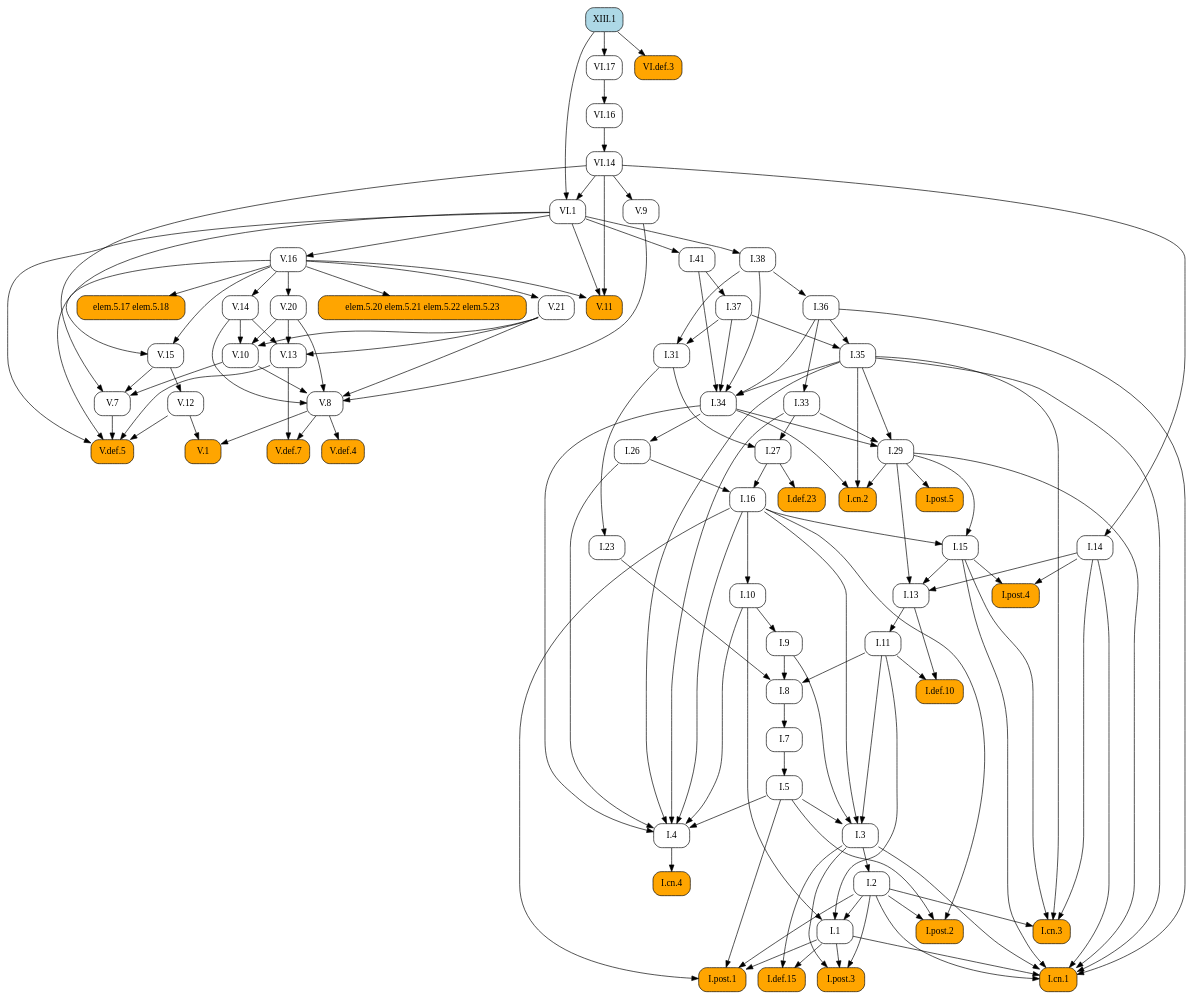
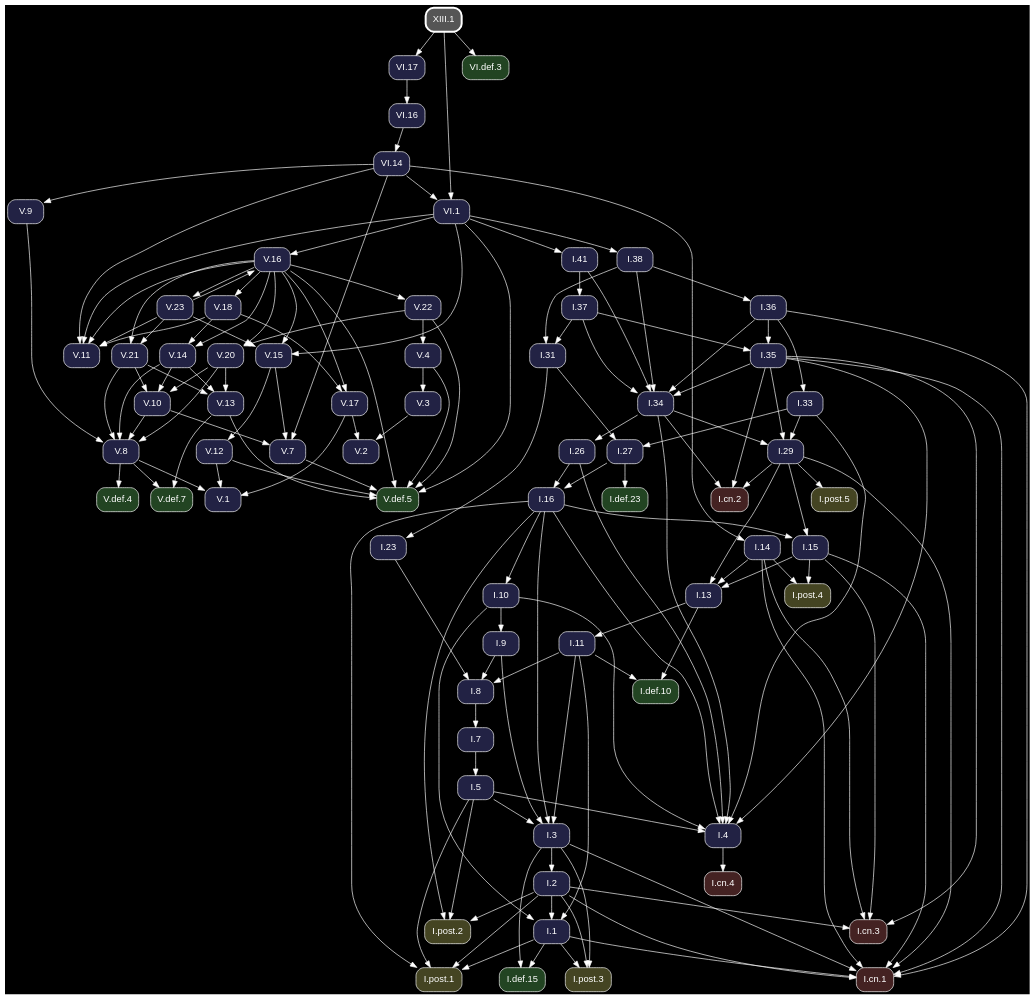
The diagram in docsrc/heath/XIII/1/index.rst (geometor/elements), drawn with Graphviz before and after one commit. The commit also changed other lines of this file and 1200 other files, not shown here.

Commit message:
update dependency graphs

```diff
--- a/docsrc/heath/XIII/1/index.rst
+++ b/docsrc/heath/XIII/1/index.rst
@@ -49,129 +49,81 @@
 .. graphviz::
 
    digraph {
+     bgcolor="black";
+     node [shape=box, style="rounded,filled", fontname="Helvetica", color="white", fontcolor="white"];
+     edge [color="white", fontcolor="white"];
      rankdir="TB";
-     node [shape=box, style=rounded];
-     "V.16" [URL="/heath/V/16/", target="_top"];
-     "I.23" [URL="/heath/I/23/", target="_top"];
-     "I.9" [URL="/heath/I/9/", target="_top"];
-     "I.33" [URL="/heath/I/33/", target="_top"];
-     "I.def.15" [style="rounded,filled", fillcolor=orange, URL="/heath/I/def.15/", target="_top"];
-     "V.13" [URL="/heath/V/13/", target="_top"];
-     "V.7" [URL="/heath/V/7/", target="_top"];
-     "elem.5.17 elem.5.18" [style="rounded,filled", fillcolor=orange];
-     "I.post.3" [style="rounded,filled", fillcolor=orange, URL="/heath/I/post.3/", target="_top"];
-     "I.post.1" [style="rounded,filled", fillcolor=orange, URL="/heath/I/post.1/", target="_top"];
-     "V.14" [URL="/heath/V/14/", target="_top"];
-     "V.def.5" [style="rounded,filled", fillcolor=orange, URL="/heath/V/def.5/", target="_top"];
-     "V.9" [URL="/heath/V/9/", target="_top"];
-     "VI.def.3" [style="rounded,filled", fillcolor=orange, URL="/heath/VI/def.3/", target="_top"];
-     "I.31" [URL="/heath/I/31/", target="_top"];
-     "V.10" [URL="/heath/V/10/", target="_top"];
-     "I.def.10" [style="rounded,filled", fillcolor=orange, URL="/heath/I/def.10/", target="_top"];
-     "VI.1" [URL="/heath/VI/1/", target="_top"];
-     "V.20" [URL="/heath/V/20/", target="_top"];
-     "VI.14" [URL="/heath/VI/14/", target="_top"];
-     "I.27" [URL="/heath/I/27/", target="_top"];
-     "XIII.1" [style="rounded,filled", fillcolor=lightblue, URL="/heath/XIII/1/", target="_top"];
-     "I.14" [URL="/heath/I/14/", target="_top"];
-     "V.11" [style="rounded,filled", fillcolor=orange, URL="/heath/V/11/", target="_top"];
-     "elem.5.20 elem.5.21 elem.5.22 elem.5.23" [style="rounded,filled", fillcolor=orange];
-     "V.12" [URL="/heath/V/12/", target="_top"];
-     "I.34" [URL="/heath/I/34/", target="_top"];
-     "I.3" [URL="/heath/I/3/", target="_top"];
-     "V.def.4" [style="rounded,filled", fillcolor=orange, URL="/heath/V/def.4/", target="_top"];
-     "I.35" [URL="/heath/I/35/", target="_top"];
-     "I.cn.1" [style="rounded,filled", fillcolor=orange, URL="/heath/I/cn.1/", target="_top"];
-     "V.def.7" [style="rounded,filled", fillcolor=orange, URL="/heath/V/def.7/", target="_top"];
-     "I.7" [URL="/heath/I/7/", target="_top"];
-     "V.21" [URL="/heath/V/21/", target="_top"];
-     "I.2" [URL="/heath/I/2/", target="_top"];
-     "I.36" [URL="/heath/I/36/", target="_top"];
-     "I.13" [URL="/heath/I/13/", target="_top"];
-     "I.post.4" [style="rounded,filled", fillcolor=orange, URL="/heath/I/post.4/", target="_top"];
-     "I.4" [URL="/heath/I/4/", target="_top"];
-     "I.1" [URL="/heath/I/1/", target="_top"];
-     "I.5" [URL="/heath/I/5/", target="_top"];
-     "I.37" [URL="/heath/I/37/", target="_top"];
-     "I.8" [URL="/heath/I/8/", target="_top"];
-     "I.29" [URL="/heath/I/29/", target="_top"];
-     "I.cn.3" [style="rounded,filled", fillcolor=orange, URL="/heath/I/cn.3/", target="_top"];
-     "I.16" [URL="/heath/I/16/", target="_top"];
-     "I.38" [URL="/heath/I/38/", target="_top"];
-     "V.8" [URL="/heath/V/8/", target="_top"];
-     "I.15" [URL="/heath/I/15/", target="_top"];
-     "V.1" [style="rounded,filled", fillcolor=orange, URL="/heath/V/1/", target="_top"];
-     "I.10" [URL="/heath/I/10/", target="_top"];
-     "I.def.23" [style="rounded,filled", fillcolor=orange, URL="/heath/I/def.23/", target="_top"];
-     "I.11" [URL="/heath/I/11/", target="_top"];
-     "I.cn.2" [style="rounded,filled", fillcolor=orange, URL="/heath/I/cn.2/", target="_top"];
-     "I.post.5" [style="rounded,filled", fillcolor=orange, URL="/heath/I/post.5/", target="_top"];
-     "VI.17" [URL="/heath/VI/17/", target="_top"];
-     "I.cn.4" [style="rounded,filled", fillcolor=orange, URL="/heath/I/cn.4/", target="_top"];
-     "I.41" [URL="/heath/I/41/", target="_top"];
-     "V.15" [URL="/heath/V/15/", target="_top"];
-     "I.post.2" [style="rounded,filled", fillcolor=orange, URL="/heath/I/post.2/", target="_top"];
-     "I.26" [URL="/heath/I/26/", target="_top"];
-     "VI.16" [URL="/heath/VI/16/", target="_top"];
-     "VI.1" -> "V.16";
-     "I.31" -> "I.23";
-     "I.10" -> "I.9";
-     "I.36" -> "I.33";
-     "I.1" -> "I.def.15";
-     "I.3" -> "I.def.15";
-     "V.14" -> "V.13";
-     "V.20" -> "V.13";
-     "V.21" -> "V.13";
-     "V.10" -> "V.7";
-     "V.15" -> "V.7";
-     "VI.14" -> "V.7";
-     "V.16" -> "elem.5.17 elem.5.18";
-     "I.1" -> "I.post.3";
-     "I.2" -> "I.post.3";
-     "I.3" -> "I.post.3";
-     "I.1" -> "I.post.1";
-     "I.2" -> "I.post.1";
-     "I.5" -> "I.post.1";
-     "I.16" -> "I.post.1";
-     "V.16" -> "V.14";
-     "V.7" -> "V.def.5";
-     "V.12" -> "V.def.5";
-     "V.13" -> "V.def.5";
-     "V.16" -> "V.def.5";
-     "VI.1" -> "V.def.5";
-     "VI.14" -> "V.9";
+     "V.15" [fillcolor="#222244", URL="/heath/V/15/", target="_top"];
+     "VI.def.3" [fillcolor="#224422", URL="/heath/VI/def.3/", target="_top"];
+     "I.cn.1" [fillcolor="#442222", URL="/heath/I/cn.1/", target="_top"];
+     "V.18" [fillcolor="#222244", URL="/heath/V/18/", target="_top"];
+     "V.14" [fillcolor="#222244", URL="/heath/V/14/", target="_top"];
+     "I.27" [fillcolor="#222244", URL="/heath/I/27/", target="_top"];
+     "V.23" [fillcolor="#222244", URL="/heath/V/23/", target="_top"];
+     "I.2" [fillcolor="#222244", URL="/heath/I/2/", target="_top"];
+     "I.41" [fillcolor="#222244", URL="/heath/I/41/", target="_top"];
+     "I.post.4" [fillcolor="#444422", URL="/heath/I/post.4/", target="_top"];
+     "I.26" [fillcolor="#222244", URL="/heath/I/26/", target="_top"];
+     "I.8" [fillcolor="#222244", URL="/heath/I/8/", target="_top"];
+     "V.4" [fillcolor="#222244", URL="/heath/V/4/", target="_top"];
+     "V.16" [fillcolor="#222244", URL="/heath/V/16/", target="_top"];
+     "I.7" [fillcolor="#222244", URL="/heath/I/7/", target="_top"];
+     "I.5" [fillcolor="#222244", URL="/heath/I/5/", target="_top"];
+     "XIII.1" [penwidth=3, color="white", fillcolor="#555555", URL="/heath/XIII/1/", target="_top"];
+     "V.11" [fillcolor="#222244", URL="/heath/V/11/", target="_top"];
+     "V.def.4" [fillcolor="#224422", URL="/heath/V/def.4/", target="_top"];
+     "V.20" [fillcolor="#222244", URL="/heath/V/20/", target="_top"];
+     "I.11" [fillcolor="#222244", URL="/heath/I/11/", target="_top"];
+     "I.37" [fillcolor="#222244", URL="/heath/I/37/", target="_top"];
+     "I.cn.3" [fillcolor="#442222", URL="/heath/I/cn.3/", target="_top"];
+     "I.36" [fillcolor="#222244", URL="/heath/I/36/", target="_top"];
+     "I.38" [fillcolor="#222244", URL="/heath/I/38/", target="_top"];
+     "I.post.2" [fillcolor="#444422", URL="/heath/I/post.2/", target="_top"];
+     "I.def.23" [fillcolor="#224422", URL="/heath/I/def.23/", target="_top"];
+     "I.35" [fillcolor="#222244", URL="/heath/I/35/", target="_top"];
+     "I.post.3" [fillcolor="#444422", URL="/heath/I/post.3/", target="_top"];
+     "V.13" [fillcolor="#222244", URL="/heath/V/13/", target="_top"];
+     "I.33" [fillcolor="#222244", URL="/heath/I/33/", target="_top"];
+     "V.8" [fillcolor="#222244", URL="/heath/V/8/", target="_top"];
+     "VI.17" [fillcolor="#222244", URL="/heath/VI/17/", target="_top"];
+     "V.10" [fillcolor="#222244", URL="/heath/V/10/", target="_top"];
+     "V.def.5" [fillcolor="#224422", URL="/heath/V/def.5/", target="_top"];
+     "V.22" [fillcolor="#222244", URL="/heath/V/22/", target="_top"];
+     "I.31" [fillcolor="#222244", URL="/heath/I/31/", target="_top"];
+     "I.3" [fillcolor="#222244", URL="/heath/I/3/", target="_top"];
+     "V.12" [fillcolor="#222244", URL="/heath/V/12/", target="_top"];
+     "I.def.10" [fillcolor="#224422", URL="/heath/I/def.10/", target="_top"];
+     "I.15" [fillcolor="#222244", URL="/heath/I/15/", target="_top"];
+     "I.13" [fillcolor="#222244", URL="/heath/I/13/", target="_top"];
+     "I.cn.2" [fillcolor="#442222", URL="/heath/I/cn.2/", target="_top"];
+     "I.9" [fillcolor="#222244", URL="/heath/I/9/", target="_top"];
+     "I.1" [fillcolor="#222244", URL="/heath/I/1/", target="_top"];
+     "I.post.5" [fillcolor="#444422", URL="/heath/I/post.5/", target="_top"];
+     "VI.14" [fillcolor="#222244", URL="/heath/VI/14/", target="_top"];
+     "I.23" [fillcolor="#222244", URL="/heath/I/23/", target="_top"];
+     "I.4" [fillcolor="#222244", URL="/heath/I/4/", target="_top"];
+     "V.7" [fillcolor="#222244", URL="/heath/V/7/", target="_top"];
+     "V.9" [fillcolor="#222244", URL="/heath/V/9/", target="_top"];
+     "VI.1" [fillcolor="#222244", URL="/heath/VI/1/", target="_top"];
+     "I.10" [fillcolor="#222244", URL="/heath/I/10/", target="_top"];
+     "V.def.7" [fillcolor="#224422", URL="/heath/V/def.7/", target="_top"];
+     "I.post.1" [fillcolor="#444422", URL="/heath/I/post.1/", target="_top"];
+     "I.16" [fillcolor="#222244", URL="/heath/I/16/", target="_top"];
+     "I.29" [fillcolor="#222244", URL="/heath/I/29/", target="_top"];
+     "VI.16" [fillcolor="#222244", URL="/heath/VI/16/", target="_top"];
+     "I.cn.4" [fillcolor="#442222", URL="/heath/I/cn.4/", target="_top"];
+     "V.2" [fillcolor="#222244", URL="/heath/V/2/", target="_top"];
+     "V.1" [fillcolor="#222244", URL="/heath/V/1/", target="_top"];
+     "I.14" [fillcolor="#222244", URL="/heath/I/14/", target="_top"];
+     "V.21" [fillcolor="#222244", URL="/heath/V/21/", target="_top"];
+     "I.34" [fillcolor="#222244", URL="/heath/I/34/", target="_top"];
+     "I.def.15" [fillcolor="#224422", URL="/heath/I/def.15/", target="_top"];
+     "V.3" [fillcolor="#222244", URL="/heath/V/3/", target="_top"];
+     "V.17" [fillcolor="#222244", URL="/heath/V/17/", target="_top"];
+     "V.16" -> "V.15";
+     "V.23" -> "V.15";
+     "VI.1" -> "V.15";
      "XIII.1" -> "VI.def.3";
-     "I.37" -> "I.31";
-     "I.38" -> "I.31";
-     "V.14" -> "V.10";
-     "V.20" -> "V.10";
-     "V.21" -> "V.10";
-     "I.11" -> "I.def.10";
-     "I.13" -> "I.def.10";
-     "VI.14" -> "VI.1";
-     "XIII.1" -> "VI.1";
-     "V.16" -> "V.20";
-     "VI.16" -> "VI.14";
-     "I.31" -> "I.27";
-     "I.33" -> "I.27";
-     "VI.14" -> "I.14";
-     "V.16" -> "V.11";
-     "VI.1" -> "V.11";
-     "VI.14" -> "V.11";
-     "V.16" -> "elem.5.20 elem.5.21 elem.5.22 elem.5.23";
-     "V.15" -> "V.12";
-     "I.35" -> "I.34";
-     "I.36" -> "I.34";
-     "I.37" -> "I.34";
-     "I.38" -> "I.34";
-     "I.41" -> "I.34";
-     "I.5" -> "I.3";
-     "I.9" -> "I.3";
-     "I.11" -> "I.3";
-     "I.16" -> "I.3";
-     "V.8" -> "V.def.4";
-     "I.36" -> "I.35";
-     "I.37" -> "I.35";
      "I.1" -> "I.cn.1";
      "I.2" -> "I.cn.1";
      "I.3" -> "I.cn.1";
@@ -180,17 +132,95 @@
      "I.29" -> "I.cn.1";
      "I.35" -> "I.cn.1";
      "I.36" -> "I.cn.1";
-     "V.8" -> "V.def.7";
-     "V.13" -> "V.def.7";
+     "V.16" -> "V.18";
+     "V.16" -> "V.14";
+     "V.18" -> "V.14";
+     "I.31" -> "I.27";
+     "I.33" -> "I.27";
+     "V.16" -> "V.23";
+     "I.3" -> "I.2";
+     "VI.1" -> "I.41";
+     "I.14" -> "I.post.4";
+     "I.15" -> "I.post.4";
+     "I.34" -> "I.26";
+     "I.9" -> "I.8";
+     "I.11" -> "I.8";
+     "I.23" -> "I.8";
+     "V.22" -> "V.4";
+     "V.23" -> "V.16";
+     "VI.1" -> "V.16";
      "I.8" -> "I.7";
-     "V.16" -> "V.21";
-     "I.3" -> "I.2";
+     "I.7" -> "I.5";
+     "V.16" -> "V.11";
+     "V.18" -> "V.11";
+     "V.23" -> "V.11";
+     "VI.1" -> "V.11";
+     "VI.14" -> "V.11";
+     "V.8" -> "V.def.4";
+     "V.16" -> "V.20";
+     "V.22" -> "V.20";
+     "I.13" -> "I.11";
+     "I.41" -> "I.37";
+     "I.2" -> "I.cn.3";
+     "I.14" -> "I.cn.3";
+     "I.15" -> "I.cn.3";
+     "I.35" -> "I.cn.3";
      "I.38" -> "I.36";
+     "VI.1" -> "I.38";
+     "I.2" -> "I.post.2";
+     "I.5" -> "I.post.2";
+     "I.16" -> "I.post.2";
+     "I.27" -> "I.def.23";
+     "I.36" -> "I.35";
+     "I.37" -> "I.35";
+     "I.1" -> "I.post.3";
+     "I.2" -> "I.post.3";
+     "I.3" -> "I.post.3";
+     "V.14" -> "V.13";
+     "V.20" -> "V.13";
+     "V.21" -> "V.13";
+     "I.36" -> "I.33";
+     "V.9" -> "V.8";
+     "V.10" -> "V.8";
+     "V.14" -> "V.8";
+     "V.20" -> "V.8";
+     "V.21" -> "V.8";
+     "XIII.1" -> "VI.17";
+     "V.14" -> "V.10";
+     "V.20" -> "V.10";
+     "V.21" -> "V.10";
+     "V.4" -> "V.def.5";
+     "V.7" -> "V.def.5";
+     "V.12" -> "V.def.5";
+     "V.13" -> "V.def.5";
+     "V.16" -> "V.def.5";
+     "V.22" -> "V.def.5";
+     "VI.1" -> "V.def.5";
+     "V.16" -> "V.22";
+     "I.37" -> "I.31";
+     "I.38" -> "I.31";
+     "I.5" -> "I.3";
+     "I.9" -> "I.3";
+     "I.11" -> "I.3";
+     "I.16" -> "I.3";
+     "V.15" -> "V.12";
+     "I.11" -> "I.def.10";
+     "I.13" -> "I.def.10";
+     "I.16" -> "I.15";
+     "I.29" -> "I.15";
      "I.14" -> "I.13";
      "I.15" -> "I.13";
      "I.29" -> "I.13";
-     "I.14" -> "I.post.4";
-     "I.15" -> "I.post.4";
+     "I.29" -> "I.cn.2";
+     "I.34" -> "I.cn.2";
+     "I.35" -> "I.cn.2";
+     "I.10" -> "I.9";
+     "I.2" -> "I.1";
+     "I.10" -> "I.1";
+     "I.11" -> "I.1";
+     "I.29" -> "I.post.5";
+     "VI.16" -> "VI.14";
+     "I.31" -> "I.23";
      "I.5" -> "I.4";
      "I.10" -> "I.4";
      "I.16" -> "I.4";
@@ -198,48 +228,42 @@
      "I.33" -> "I.4";
      "I.34" -> "I.4";
      "I.35" -> "I.4";
-     "I.2" -> "I.1";
-     "I.10" -> "I.1";
-     "I.11" -> "I.1";
-     "I.7" -> "I.5";
-     "I.41" -> "I.37";
-     "I.9" -> "I.8";
-     "I.11" -> "I.8";
-     "I.23" -> "I.8";
+     "V.10" -> "V.7";
+     "V.15" -> "V.7";
+     "VI.14" -> "V.7";
+     "VI.14" -> "V.9";
+     "VI.14" -> "VI.1";
+     "XIII.1" -> "VI.1";
+     "I.16" -> "I.10";
+     "V.8" -> "V.def.7";
+     "V.13" -> "V.def.7";
+     "I.1" -> "I.post.1";
+     "I.2" -> "I.post.1";
+     "I.5" -> "I.post.1";
+     "I.16" -> "I.post.1";
+     "I.26" -> "I.16";
+     "I.27" -> "I.16";
      "I.33" -> "I.29";
      "I.34" -> "I.29";
      "I.35" -> "I.29";
-     "I.2" -> "I.cn.3";
-     "I.14" -> "I.cn.3";
-     "I.15" -> "I.cn.3";
-     "I.35" -> "I.cn.3";
-     "I.26" -> "I.16";
-     "I.27" -> "I.16";
-     "VI.1" -> "I.38";
-     "V.9" -> "V.8";
-     "V.10" -> "V.8";
-     "V.14" -> "V.8";
-     "V.20" -> "V.8";
-     "V.21" -> "V.8";
-     "I.16" -> "I.15";
-     "I.29" -> "I.15";
+     "VI.17" -> "VI.16";
+     "I.4" -> "I.cn.4";
+     "V.3" -> "V.2";
+     "V.17" -> "V.2";
      "V.8" -> "V.1";
      "V.12" -> "V.1";
-     "I.16" -> "I.10";
-     "I.27" -> "I.def.23";
-     "I.13" -> "I.11";
-     "I.29" -> "I.cn.2";
-     "I.34" -> "I.cn.2";
-     "I.35" -> "I.cn.2";
-     "I.29" -> "I.post.5";
-     "XIII.1" -> "VI.17";
-     "I.4" -> "I.cn.4";
-     "VI.1" -> "I.41";
-     "V.16" -> "V.15";
-     "VI.1" -> "V.15";
-     "I.2" -> "I.post.2";
-     "I.5" -> "I.post.2";
-     "I.16" -> "I.post.2";
-     "I.34" -> "I.26";
-     "VI.17" -> "VI.16";
+     "V.17" -> "V.1";
+     "VI.14" -> "I.14";
+     "V.16" -> "V.21";
+     "V.23" -> "V.21";
+     "I.35" -> "I.34";
+     "I.36" -> "I.34";
+     "I.37" -> "I.34";
+     "I.38" -> "I.34";
+     "I.41" -> "I.34";
+     "I.1" -> "I.def.15";
+     "I.3" -> "I.def.15";
+     "V.4" -> "V.3";
+     "V.16" -> "V.17";
+     "V.18" -> "V.17";
    }
```
